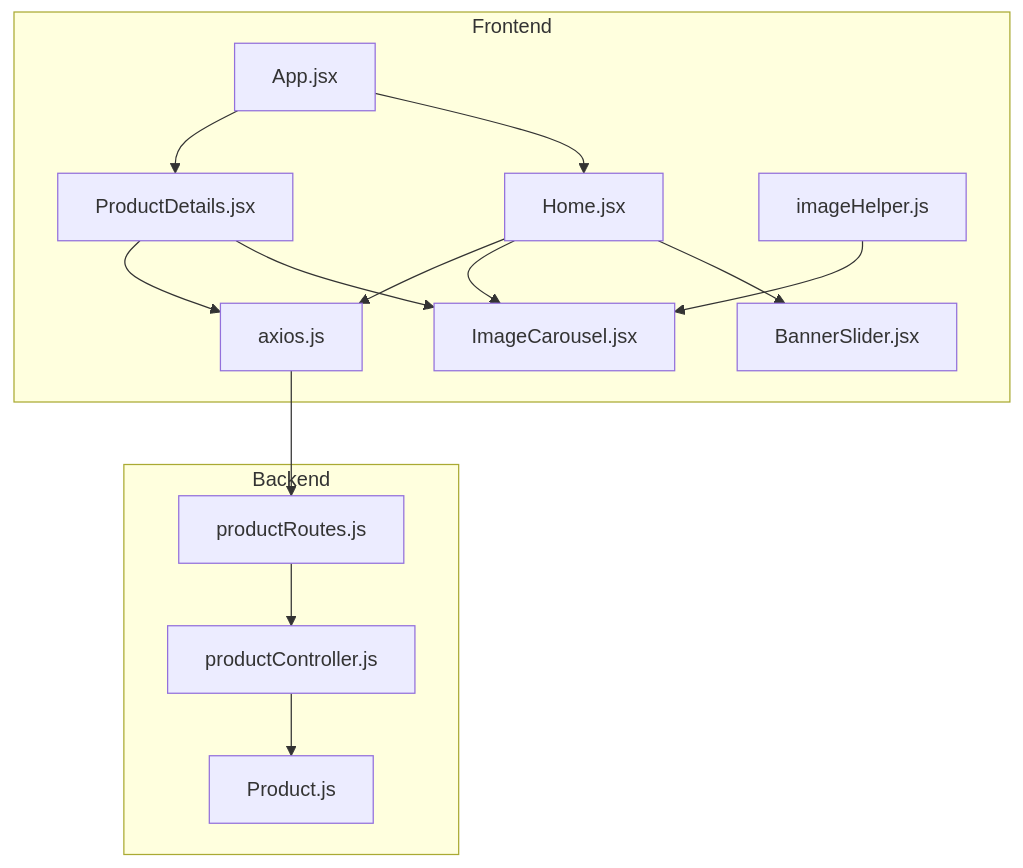
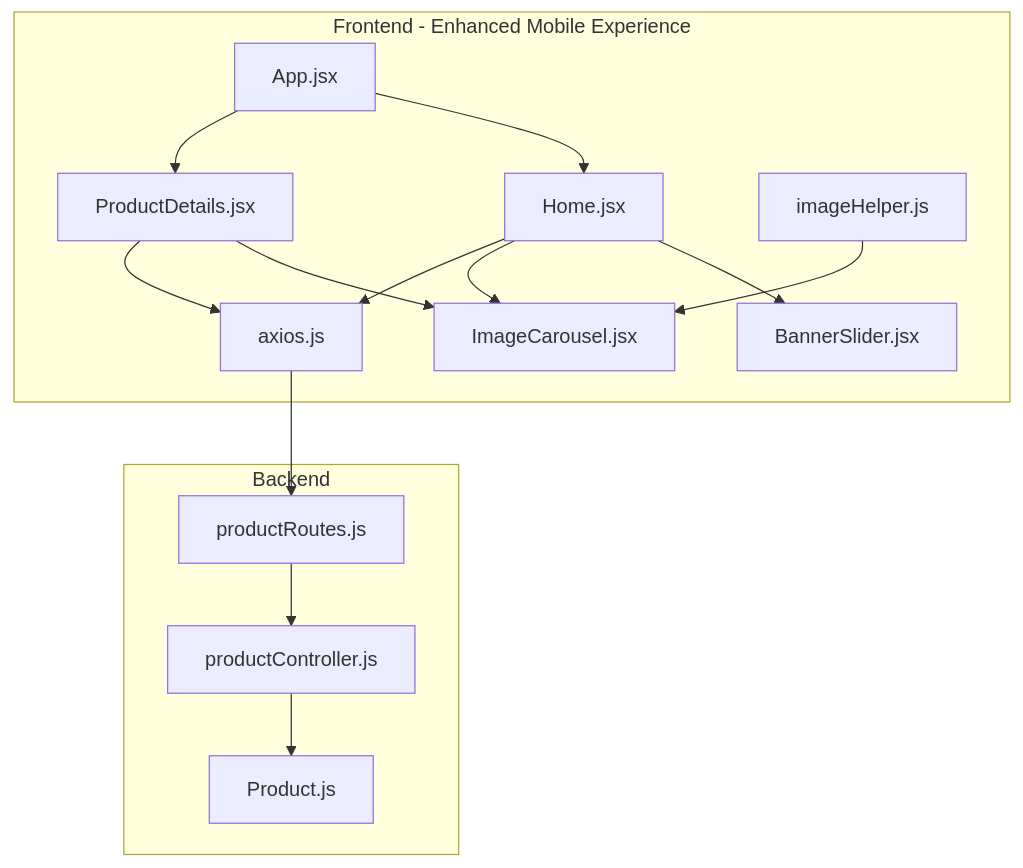
The first of 3 diagrams in .qoder/repowiki/en/content/Shopping Experience/Product Browsing & Discovery.md (Pavan-PSPK9032/TrendsandToss), drawn with Mermaid before and after one commit. The commit also changed other lines of this file and 16 other files, not shown here.

````diff
--- a/.qoder/repowiki/en/content/Shopping Experience/Product Browsing & Discovery.md
+++ b/.qoder/repowiki/en/content/Shopping Experience/Product Browsing & Discovery.md
@@ -42,28 +52,28 @@
 ```mermaid
 graph TB
-subgraph "Frontend"
+subgraph "Frontend - Enhanced Mobile Experience"
 App["App.jsx"]
 Home["Home.jsx"]
 ProductDetails["ProductDetails.jsx"]
 Banner["BannerSlider.jsx"]
 Carousel["ImageCarousel.jsx"]
 Axios["axios.js"]
 ImgHelper["imageHelper.js"]
 end
 subgraph "Backend"
 Routes["productRoutes.js"]
 Controller["productController.js"]
 Model["Product.js"]
 end
 App --> Home
 App --> ProductDetails
 Home --> Banner
 Home --> Carousel
 Home --> Axios
 ProductDetails --> Carousel
 ProductDetails --> Axios
 Axios --> Routes
 Routes --> Controller
 Controller --> Model
 ImgHelper --> Carousel
 ```
````
